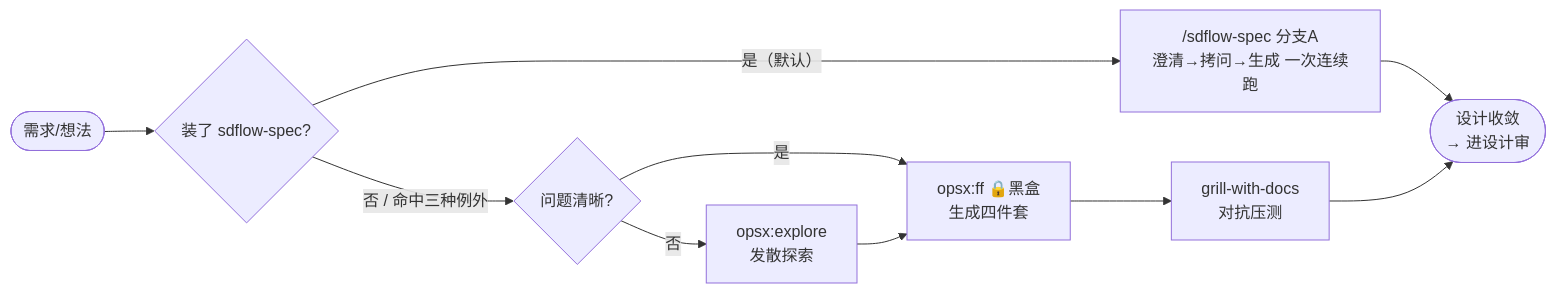
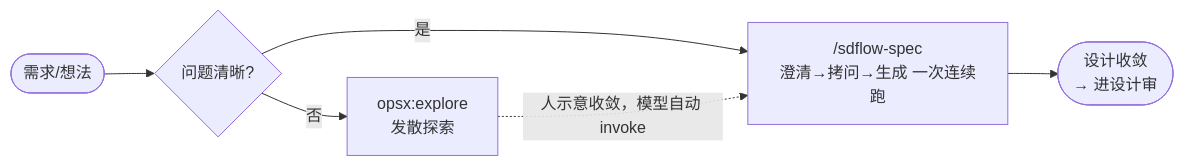
One commit to laodao-ai/sdflow-skills changed the third of 8 diagrams in docs/workflow-overview.md. Above: the diagram before and after it, drawn with Mermaid. The commit also changed other lines of this file and 57 other files, not shown here.

````diff
--- a/docs/workflow-overview.md
+++ b/docs/workflow-overview.md
@@ -98,12 +94,8 @@
 ```mermaid
 flowchart LR
-    S(["需求/想法"]) --> BR{"装了 sdflow-spec?"}
-    BR -->|"是（默认）"| SP["/sdflow-spec 分支A<br/>澄清→拷问→生成 一次连续跑"]
-    SP --> OUT
-    BR -->|"否 / 命中三种例外"| E{"问题清晰?"}
+    S(["需求/想法"]) --> E{"问题清晰?"}
     E -->|否| EX["opsx:explore<br/>发散探索"]
-    E -->|是| FF
-    EX --> FF["opsx:ff 🔒黑盒<br/>生成四件套"]
-    FF --> GR["grill-with-docs<br/>对抗压测"]
-    GR --> OUT(["设计收敛<br/>→ 进设计审"])
+    E -->|是| SP
+    EX -.人示意收敛，模型自动 invoke.-> SP["/sdflow-spec<br/>澄清→拷问→生成 一次连续跑"]
+    SP --> OUT(["设计收敛<br/>→ 进设计审"])
 ```
````
